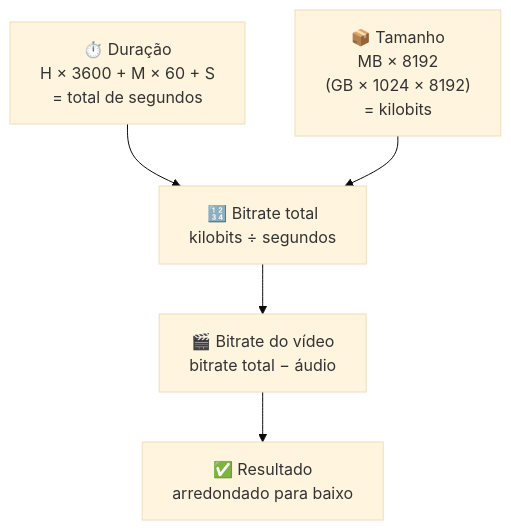
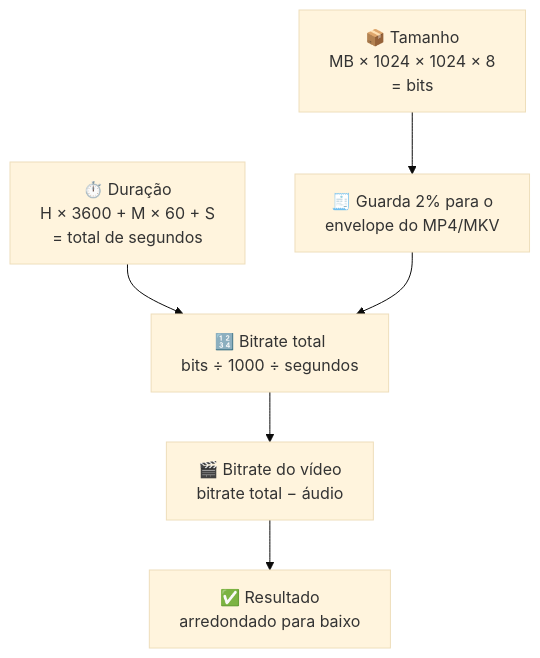
One commit to guvon1982/calculadora-de-bitrate changed the third of 4 diagrams in README.md. Above: the diagram before and after it, drawn with Mermaid (base theme). The commit also changed other lines of this file and 5 other files, not shown here.

First line of the commit message:
Corrige precisão do bitrate e adiciona estimativa de tamanho

````diff
--- a/README.md
+++ b/README.md
@@ -266,9 +276,10 @@
 ```mermaid
 flowchart TD
     T["⏱️ Duração<br/>H × 3600 + M × 60 + S<br/>= total de segundos"]
-    S["📦 Tamanho<br/>MB × 8192<br/>(GB × 1024 × 8192)<br/>= kilobits"]
+    S["📦 Tamanho<br/>MB × 1024 × 1024 × 8<br/>= bits"]
+    S --> F["🧾 Guarda 2% para o<br/>envelope do MP4/MKV"]
     T --> B
-    S --> B["🔢 Bitrate total<br/>kilobits ÷ segundos"]
+    F --> B["🔢 Bitrate total<br/>bits ÷ 1000 ÷ segundos"]
     B --> V["🎬 Bitrate do vídeo<br/>bitrate total − áudio"]
     V --> R["✅ Resultado<br/>arredondado para baixo"]
 ```
````
